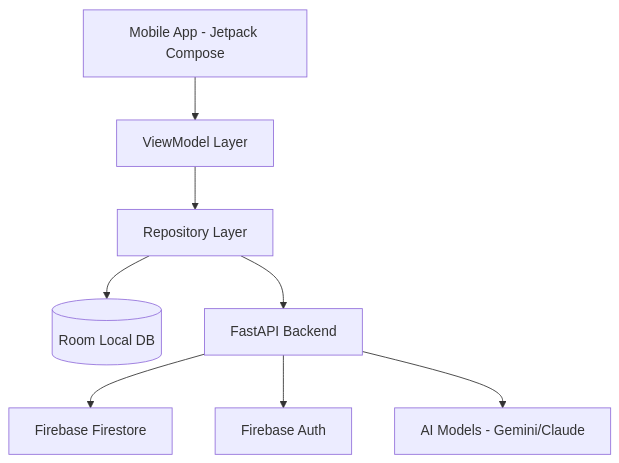
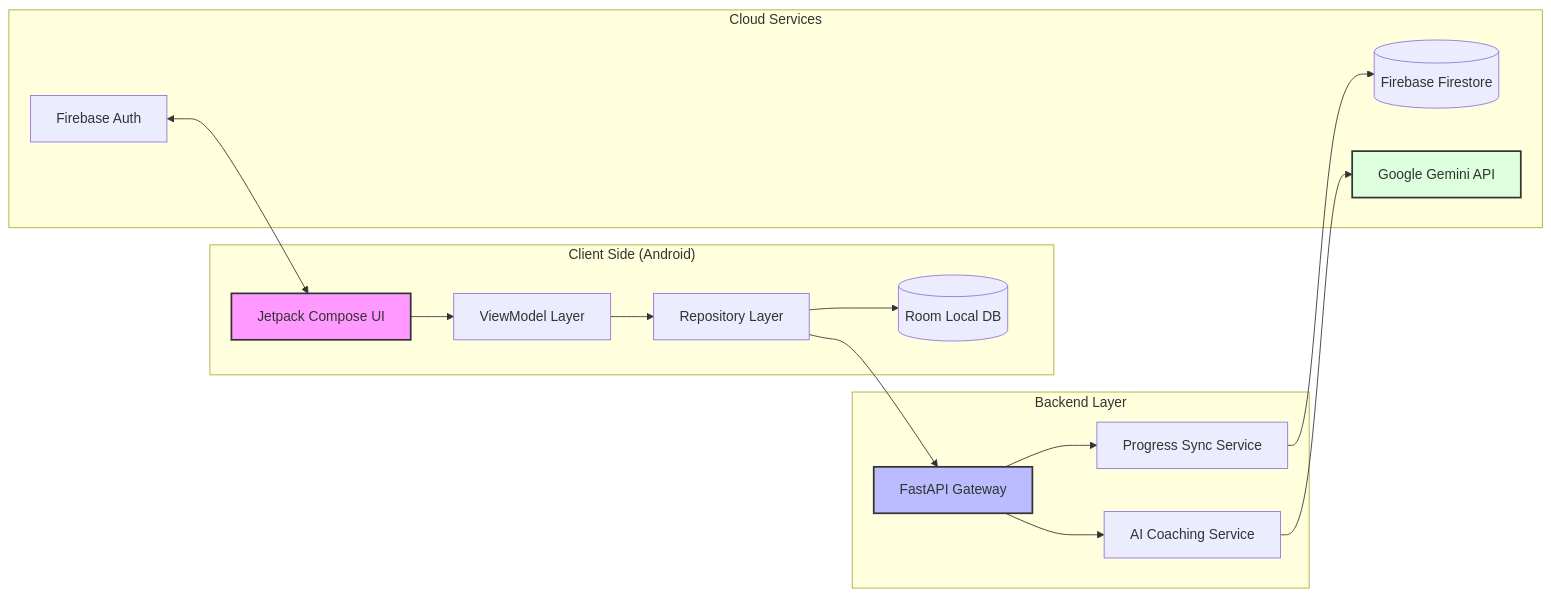
The diagram in README.md (THARUN-GOWDA-K/AksharaDeepa-Tutor-App), drawn with Mermaid before and after one commit. The commit also changed other lines of this file and 1 other file, not shown here.

````diff
--- a/README.md
+++ b/README.md
@@ -57,10 +82,24 @@
 ```mermaid
-graph TD
-    A[Mobile App - Jetpack Compose] --> B[ViewModel Layer]
-    B --> C[Repository Layer]
-    C --> D[(Room Local DB)]
-    C --> E[FastAPI Backend]
-    E --> F[Firebase Firestore]
-    E --> G[Firebase Auth]
-    E --> H[AI Models - Gemini/Claude]
+graph LR
+    subgraph "Client Side (Android)"
+    UI[Jetpack Compose UI] --> VM[ViewModel Layer]
+    VM --> Repo[Repository Layer]
+    Repo --> Room[(Room Local DB)]
+    end
+
+    subgraph "Backend Layer"
+    Repo --> API[FastAPI Gateway]
+    API --> Sync[Progress Sync Service]
+    API --> AI[AI Coaching Service]
+    end
+
+    subgraph "Cloud Services"
+    Sync --> Firestore[(Firebase Firestore)]
+    AI --> Gemini[Google Gemini API]
+    Auth[Firebase Auth] <--> UI
+    end
+
+    style UI fill:#f9f,stroke:#333,stroke-width:2px
+    style API fill:#bbf,stroke:#333,stroke-width:2px
+    style Gemini fill:#dfd,stroke:#333,stroke-width:2px
 ```
````
